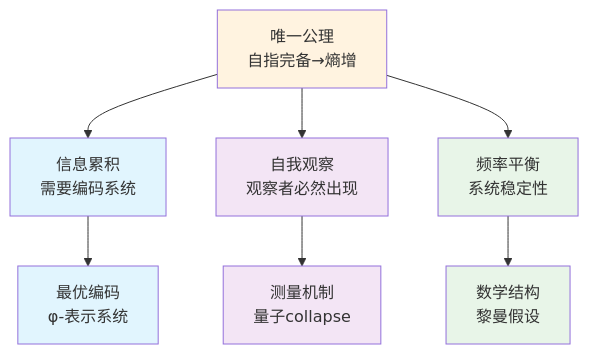
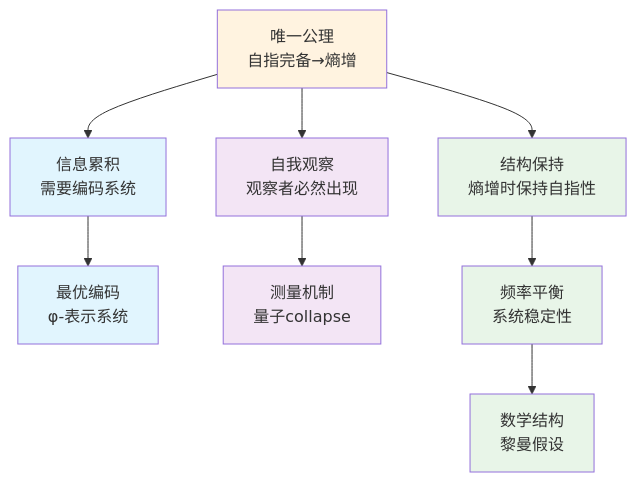
Before and after one commit to loning/the-binarymath: the diagram in docs/genesis-unified-theory.md, drawn with Mermaid. The commit also changed other lines of this file, not shown here.

````diff
--- a/docs/genesis-unified-theory.md
+++ b/docs/genesis-unified-theory.md
@@ -43,17 +44,19 @@
 ```mermaid
 graph TD
     A["唯一公理<br/>自指完备→熵增"] --> B["信息累积<br/>需要编码系统"]
     B --> C["最优编码<br/>φ-表示系统"]
     A --> D["自我观察<br/>观察者必然出现"]
     D --> E["测量机制<br/>量子collapse"]
-    A --> F["频率平衡<br/>系统稳定性"]
+    A --> H["结构保持<br/>熵增时保持自指性"]
+    H --> F["频率平衡<br/>系统稳定性"]
     F --> G["数学结构<br/>黎曼假设"]
-    
+
     style A fill:#fff3e0
     style B fill:#e1f5fe
     style C fill:#e1f5fe
     style D fill:#f3e5f5
     style E fill:#f3e5f5
+    style H fill:#e8f5e8
     style F fill:#e8f5e8
     style G fill:#e8f5e8
 ```
````
